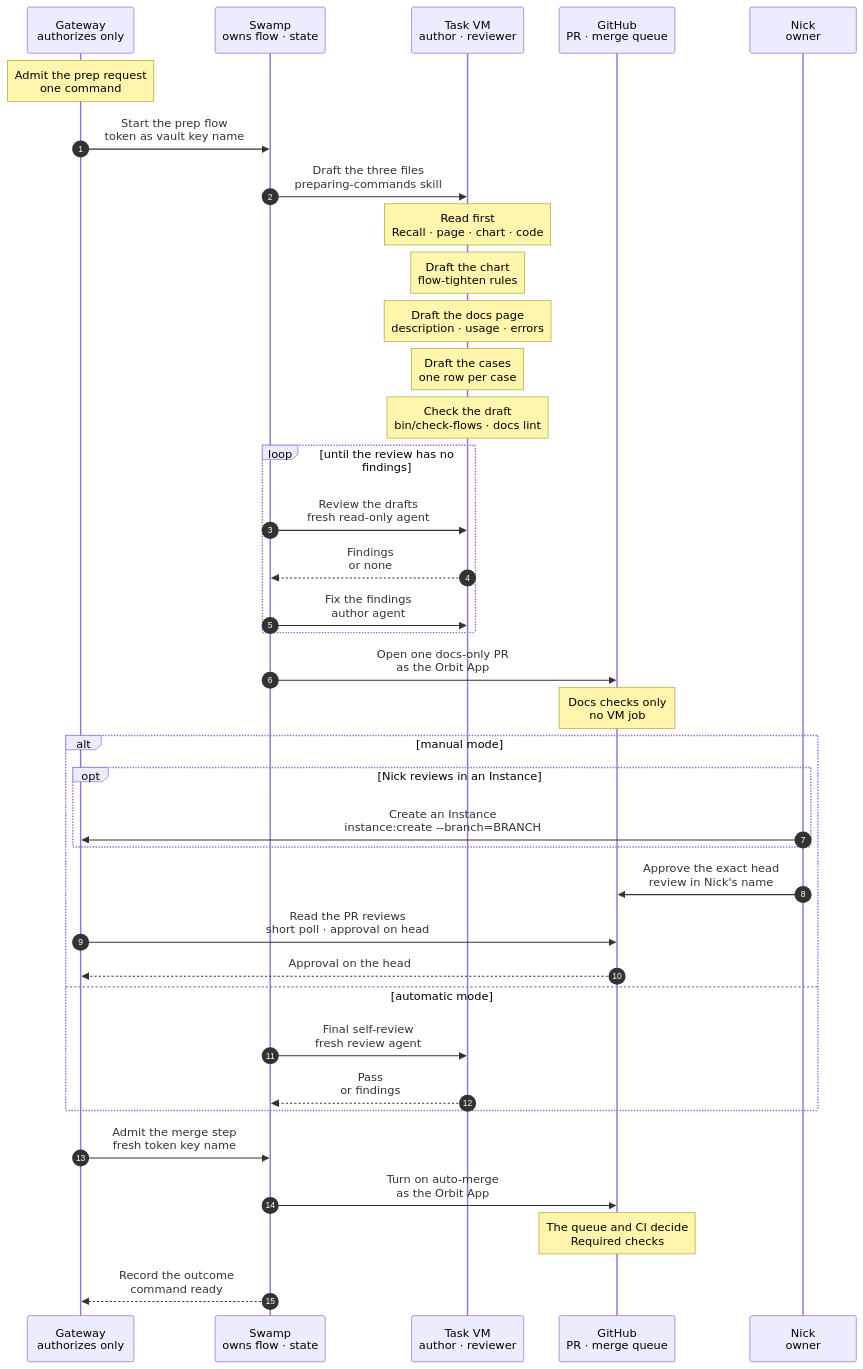
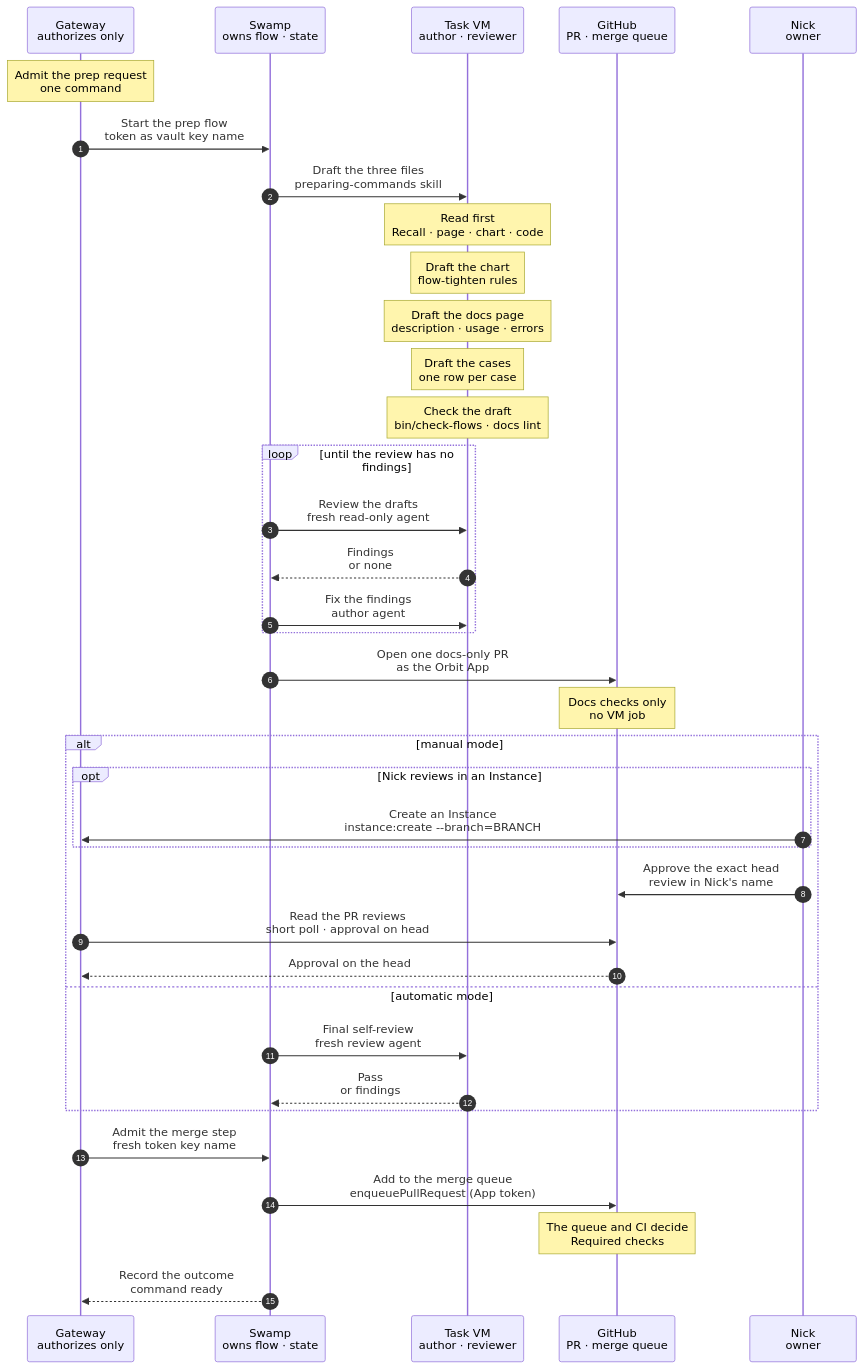
Before and after one commit to hardimpactdev/orbit: the diagram in docs/reference/pipeline/1-prep.mmd, drawn with Mermaid. The commit also changed 8 other files, not shown here.

First line of the commit message:
Docs: Swamp adds PRs to the merge queue with enqueuePullRequest

```diff
--- a/docs/reference/pipeline/1-prep.mmd
+++ b/docs/reference/pipeline/1-prep.mmd
@@ -1,133 +1,136 @@
 sequenceDiagram
-  %% Target design: stage 1 of the command development pipeline (docs/reference/command-development-pipeline.mdx). Swamp owns the whole prep flow and its state; the Gateway only authorizes it: it admits each request, mints short-lived GitHub App tokens, passes them by vault key name, and records outcomes. An author agent drafts, a separate review agent checks, Swamp opens the PR as the Orbit App, and one of two modes (manual or automatic) decides when auto-merge goes on. No code changes in this stage.
+  %% Target design: stage 1 of the command development pipeline (docs/reference/command-development-pipeline.mdx). Swamp owns the whole prep flow and its state; the Gateway only authorizes it: it admits each request, mints short-lived GitHub App tokens, passes them by vault key name, and records outcomes. An author agent drafts, a separate review agent checks, Swamp opens the PR as the Orbit App, and one of two modes (manual or automatic) decides when Swamp adds the PR to the merge queue. GitHub auto-merge is not used. No code changes in this stage.
   %% status: draft
   %% command: development pipeline stage 1 · prep a command
   %% kind: pipeline.1-prep
   autonumber
   %% lane GW icon=gateway pill=intent tone=blue
   %% lane SW icon=workflow pill=executes tone=green
   %% lane VM icon=terminal pill=target tone=gray
   %% lane GH icon=server pill=target tone=purple
   %% lane NK icon=terminal pill=caller tone=amber
   participant GW as Gateway<br/>authorizes only
   participant SW as Swamp<br/>owns flow · state
   participant VM as Task VM<br/>author · reviewer
   participant GH as GitHub<br/>PR · merge queue
   participant NK as Nick<br/>owner
   Note over GW: Admit the prep request<br/>one command
   %%> What it does:
   %%> - authorizes a prep request for one command
   %%> - records the operation, so the CLI and web show its state
   %%> - mints a short-lived GitHub App token for the flow
   %%> Why:
   %%> - the Gateway only authorizes; Swamp owns the flow and all of its state
   GW->>SW: Start the prep flow<br/>token as vault key name
   %%> Inputs:
   %%> - the command and its family
   %%> - the vault key name of the token, never the token itself
   %%> Not built:
   %%> - the prep flow as a Swamp workflow; today the orchestrator starts the agents by hand
   SW->>VM: Draft the three files<br/>preparing-commands skill
   %%> What it does:
   %%> - the author agent drafts the chart, the docs page and the verification cases in a task VM
   %%> - preparation changes no code
   %%> Not built:
   %%> - Swamp starting the task VM and the agent as part of the prep flow
   Note over VM: Read first<br/>Recall · page · chart · code
   %%> What it does:
   %%> - Recall `resolve` for the command and its family, and `decisions` for the family; current decisions override older text
   %%> - reads the existing page, chart and old fixture; reads the code only to learn what exists, never as the target
   %%> - for a sibling of an approved command, starts from the sibling's chart, page and cases
   Note over VM: Draft the chart<br/>flow-tighten rules
   %%> What it does:
   %%> - writes `docs/cli/FAMILY/COMMAND.mmd`, the ideal flow, even where the code differs
   %%> - the main path uses required parameters only; each optional flag gets its own `opt` block
   %%> - uses role names and placeholders, never Node ids, task ids or hostnames
   %%> - shows the failure and cleanup contract: what a failure leaves behind, what a rerun does
   Note over VM: Draft the docs page<br/>description · usage · errors
   %%> What it does:
   %%> - writes `docs/cli/FAMILY/COMMAND.mdx` in this order: description, usage, how it works, errors
   %%> - states the rerun behavior, with the reason code of a skip
   Note over VM: Draft the cases<br/>one row per case
   %%> What it does:
   %%> - writes `swamp/proof/FAMILY/COMMAND.cases.md` from the chart and the page, never from the code
   %%> - covers required arguments only, each flag, each error on the chart, a repeat, and a failure after a partial change
   %%> - marks a case that the code fails today; never weakens a case to fit the code
   Note over VM: Check the draft<br/>bin/check-flows · docs lint
   %%> What it does:
   %%> - runs `bin/check-flows`, `composer docs-build` and `composer docs-lint`
   %%> - walks every error code, flag and repeat of the page against the cases
   loop until the review has no findings
     SW->>VM: Review the drafts<br/>fresh read-only agent
     %%> What it does:
     %%> - a separate review agent (Sonnet, high effort) checks the drafts against the skills and the CLI standard
     %%> - it never wrote the drafts
     VM-->>SW: Findings<br/>or none
     SW->>VM: Fix the findings<br/>author agent
     %%> When:
     %%> - only when the review has findings
     %%> Result:
     %%> - the author agent fixes every finding it can settle with the rules and Recall decisions
   end
   SW->>GH: Open one docs-only PR<br/>as the Orbit App
   %%> What it does:
   %%> - reads the token from the vault by its key name
   %%> - marks the chart `%% status: reviewed`
   %%> - the PR holds the chart, page and cases of one command and nothing else
   %%> Not built:
   %%> - PRs opened by the App from the prep flow; the Gateway already opens task PRs as the App with `tasks:publish`, but today the prep author opens this PR as `nckrtl`
   Note over GH: Docs checks only<br/>no VM job
   %%> Why:
   %%> - a documentation-only change runs the docs checks of CI and never the proof CI
   alt manual mode
     opt Nick reviews in an Instance
       NK->>GW: Create an Instance<br/>instance:create --branch=BRANCH
       %%> What it does:
       %%> - creates a development Instance that checks out the PR branch
       %%> - Nick and an agent review and adjust the drafts there
       %%> - a push moves the PR head, so the approval must follow the last push
       %%> Built or not:
       %%> - built: `instance:create --branch` checks out an existing origin branch (`docs/cli/instance/create.mdx`, Branch selection)
     end
     NK->>GH: Approve the exact head<br/>review in Nick's name
     %%> What it does:
     %%> - Nick asks the agent to post the approving review in his name
     %%> Why:
     %%> - the approval of the exact PR head is the gate; it is the only signal the flow waits for
     GW->>GH: Read the PR reviews<br/>short poll · approval on head
     %%> What it does:
     %%> - reads the review decisions with a token that has only `pull_requests: read`
     %%> Why:
     %%> - the Gateway is private and its App receives no webhooks, so GitHub cannot call it; a short poll sees the approval
     %%> Built or not:
     %%> - built: the Gateway already reads review decisions this way for task pull requests
     %%> - not built: the approval-triggered continuation, which admits the next step of the prep flow
     GH-->>GW: Approval on the head
   else automatic mode
     SW->>VM: Final self-review<br/>fresh review agent
     %%> What it does:
     %%> - a new review agent, which took no part in the drafts or the earlier reviews, reads the PR head and its CI result
     %%> Result:
     %%> - findings go back to the author agent, which fixes them; the new head gets a new review
     VM-->>SW: Pass<br/>or findings
   end
   GW->>SW: Admit the merge step<br/>fresh token key name
   %%> When:
   %%> - manual mode: after the Gateway sees the approval on the exact head
   %%> - automatic mode: after the final self-review passes
+  %%> - in both modes the PR's CI is green
   %%> Why:
   %%> - a token lives one hour and an approval can take longer, so the Gateway mints a new one for this step
-  SW->>GH: Turn on auto-merge<br/>as the Orbit App
+  SW->>GH: Add to the merge queue<br/>enqueuePullRequest (App token)
   %%> What it does:
-  %%> - Swamp turns on auto-merge through GitHub's `enablePullRequestAutoMerge`, with the Gateway-minted App token passed by vault key name
+  %%> - Swamp adds the PR to the merge queue through GitHub's `enqueuePullRequest` GraphQL mutation, with the Gateway-minted App token passed by vault key name
+  %%> - the Orbit App, through this Swamp step, decides whether the PR may merge; the merge queue then runs CI on the merge group and merges
   %%> History:
-  %%> - GitHub ignores auto-merge turned on with the built-in Actions token, so #2550 removed that workflow; an App token is different
+  %%> - GitHub auto-merge is no longer used
   %%> Not built:
-  %%> - Swamp turning on auto-merge; App-enabled auto-merge still has to be proven to join the queue; today the author runs `gh pr merge --auto` as `nckrtl`
+  %%> - Swamp adding the PR to the merge queue; today the author runs `gh pr merge --auto` as `nckrtl` (the interim)
+  %%> - the repository's auto-merge setting is switched off once Swamp enqueues PRs
   Note over GH: The queue and CI decide<br/>Required checks
   %%> What it does:
   %%> - the merge queue lands the PR when `Required checks` pass
   SW-->>GW: Record the outcome<br/>command ready
   %%> Result:
   %%> - chart, page and cases are merged; the Gateway records the command as ready for the CLI and web
   %%> - building starts only now, with stage 2 onward
```
